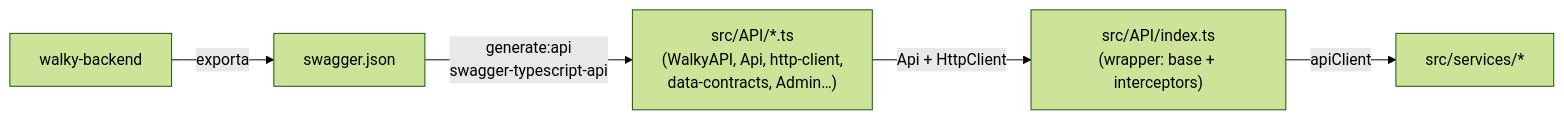
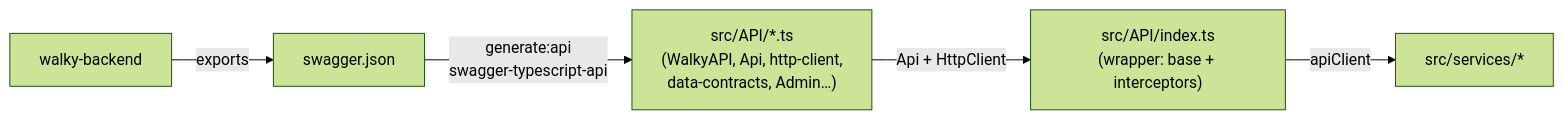
Before and after one commit to Walky-App/walky-admin: the second of 2 diagrams in docs/integrations.md, drawn with Mermaid (forest theme). The commit also changed other lines of this file and 12 other files, not shown here.

````diff
--- a/docs/integrations.md
+++ b/docs/integrations.md
@@ -227,7 +227,7 @@
 ```mermaid
 flowchart LR
-  BE["walky-backend"] -->|exporta| SW["swagger.json"]
+  BE["walky-backend"] -->|exports| SW["swagger.json"]
   SW -->|generate:api<br/>swagger-typescript-api| OUT["src/API/*.ts<br/>(WalkyAPI, Api, http-client,<br/>data-contracts, Admin…)"]
   OUT -->|Api + HttpClient| IDX["src/API/index.ts<br/>(wrapper: base + interceptors)"]
   IDX -->|apiClient| SVC["src/services/*"]
 ```
````
